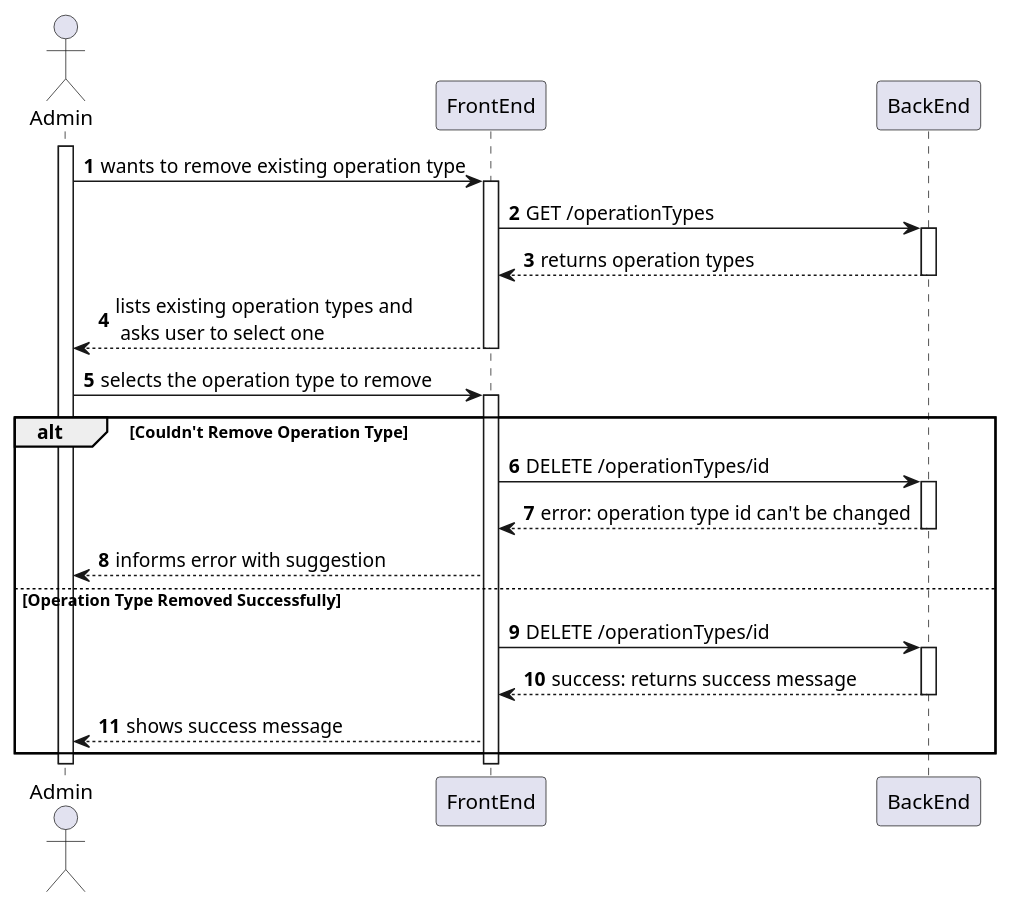
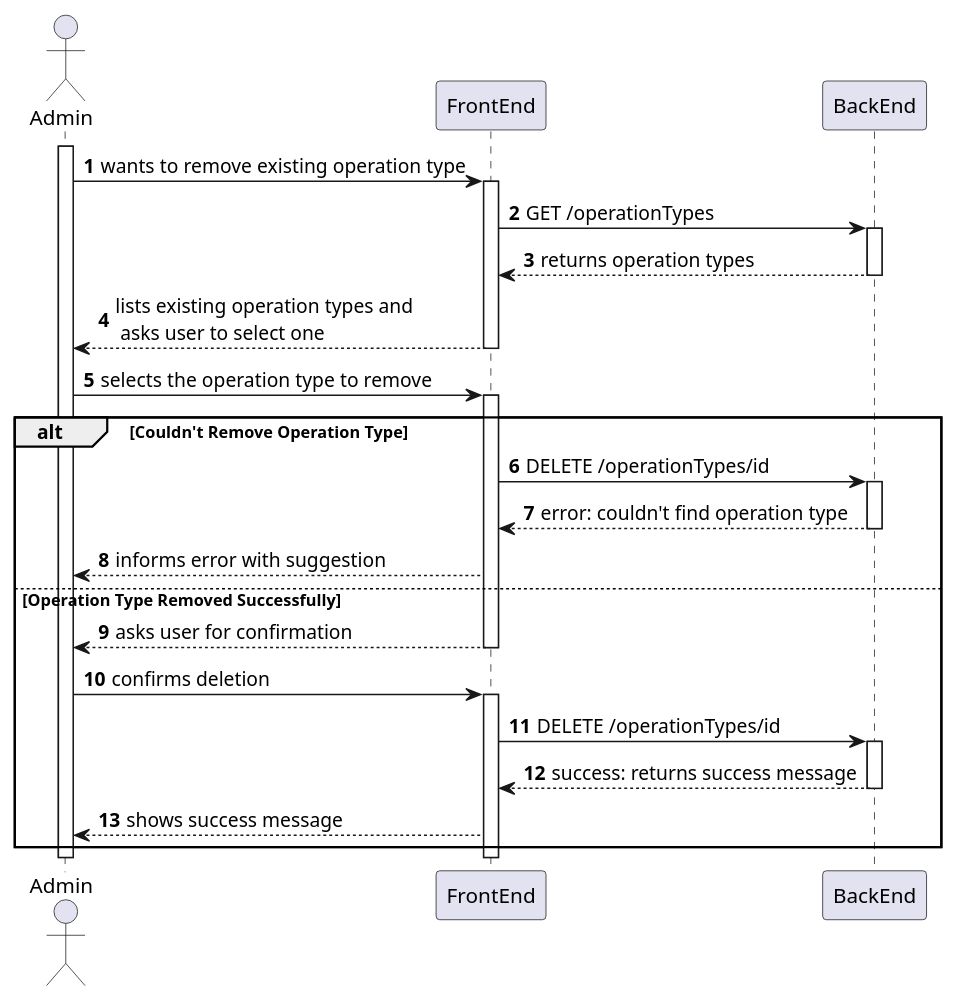
The diagram in docs/SprintA/39-remove-operation-types/level2/process-view.puml (MiguelCardoso77/SurgicalSync-BackEnd), drawn with PlantUML before and after one commit. The commit also changed 6 other files, not shown here.

```diff
--- a/docs/SprintA/39-remove-operation-types/level2/process-view.puml
+++ b/docs/SprintA/39-remove-operation-types/level2/process-view.puml
@@ -1,50 +1,56 @@
 @startuml
 autonumber
 
 actor "Admin" as USER
 
 participant "FrontEnd" as FE
 participant "BackEnd" as BE
 
 activate USER
 
     USER -> FE : wants to remove existing operation type
     activate FE
     
         FE -> BE : GET /operationTypes
         activate BE
         
             BE --> FE : returns operation types
         deactivate BE
     
         FE --> USER : lists existing operation types and \n asks user to select one
     deactivate FE
 
     USER -> FE : selects the operation type to remove
     activate FE
     
         alt Couldn't Remove Operation Type
            
         FE -> BE : DELETE /operationTypes/id
         activate BE
         
-            BE --> FE : error: operation type id can't be changed
+            BE --> FE : error: couldn't find operation type
         deactivate BE 
         FE --> USER : informs error with suggestion
         
         else Operation Type Removed Successfully
+        
+    FE --> USER : asks user for confirmation
+    deactivate FE
+    
+        USER -> FE : confirms deletion
+    activate FE
         
         FE -> BE : DELETE /operationTypes/id
         activate BE
         
             BE --> FE : success: returns success message
         deactivate BE
         FE --> USER : shows success message
         
         end
         
     deactivate FE
             
 deactivate USER
 
 @enduml
```
